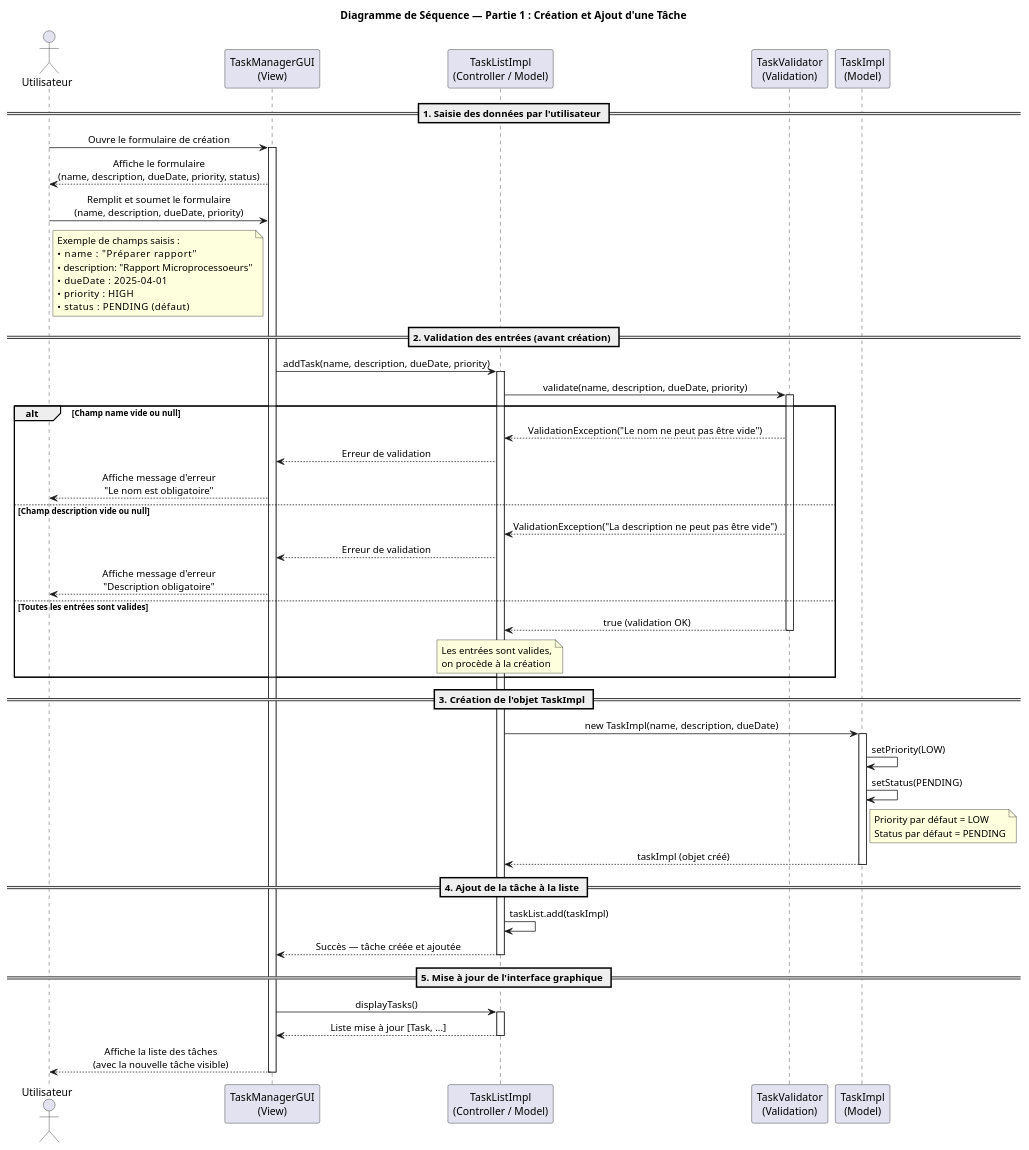
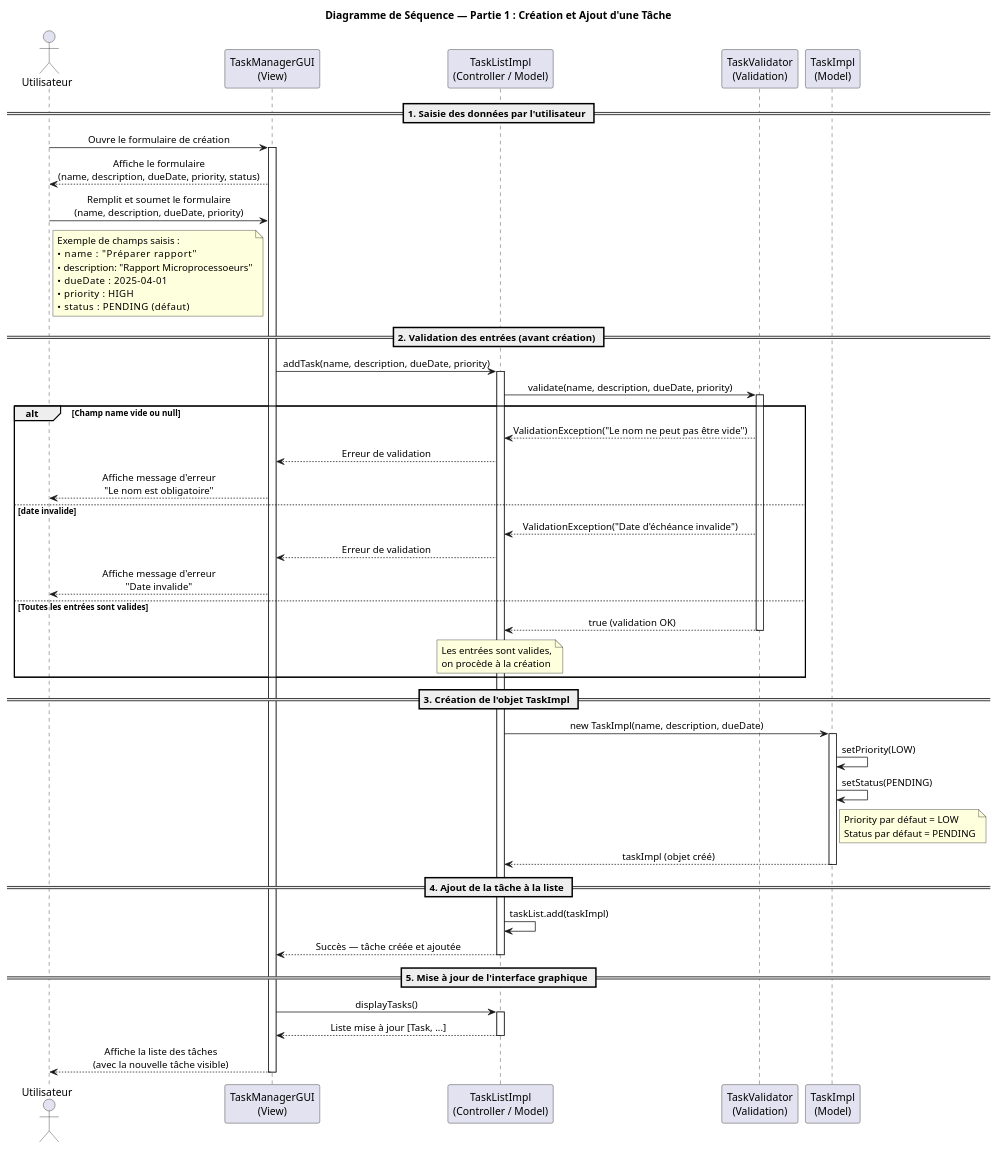
One commit to Julien3556/Gestionnaire_de_taches changed the diagram in sequence_diagram_partie1.puml. Above: the diagram before and after it, drawn with PlantUML. The commit also changed 1 other file, not shown here.

```diff
--- a/sequence_diagram_partie1.puml
+++ b/sequence_diagram_partie1.puml
@@ -1,86 +1,86 @@
 @startuml DiagrammeSequence_Partie1
 title Diagramme de Séquence — Partie 1 : Création et Ajout d'une Tâche
 
 skinparam sequenceMessageAlign center
 skinparam responseMessageBelowArrow true
 
 actor "Utilisateur" as User
 
 participant "TaskManagerGUI\n(View)" as GUI
 participant "TaskListImpl\n(Controller / Model)" as TLI
 participant "TaskValidator\n(Validation)" as VAL
 participant "TaskImpl\n(Model)" as TASK
 
 == 1. Saisie des données par l'utilisateur ==
 
 User -> GUI : Ouvre le formulaire de création
 activate GUI
 
 GUI --> User : Affiche le formulaire\n(name, description, dueDate, priority, status)
 
 User -> GUI : Remplit et soumet le formulaire\n(name, description, dueDate, priority)
 note right of User
   Exemple de champs saisis :
   • name       : "Préparer rapport"
   • description: "Rapport Microprocessoeurs"
   • dueDate    : 2025-04-01
   • priority   : HIGH
   • status     : PENDING (défaut)
 end note
 
 == 2. Validation des entrées (avant création) ==
 
 GUI -> TLI : addTask(name, description, dueDate, priority)
 activate TLI
 
 TLI -> VAL : validate(name, description, dueDate, priority)
 activate VAL
 
 alt Champ name vide ou null
     VAL --> TLI : ValidationException("Le nom ne peut pas être vide")
     TLI --> GUI : Erreur de validation
     GUI --> User : Affiche message d'erreur\n"Le nom est obligatoire"
-else Champ description vide ou null
-    VAL --> TLI : ValidationException("La description ne peut pas être vide")
+else date invalide
+    VAL --> TLI : ValidationException("Date d'échéance invalide")
     TLI --> GUI : Erreur de validation
-    GUI --> User : Affiche message d'erreur\n"Description obligatoire"
+    GUI --> User : Affiche message d'erreur\n"Date invalide"
 else Toutes les entrées sont valides
     VAL --> TLI : true (validation OK)
     deactivate VAL
     note over TLI : Les entrées sont valides,\non procède à la création
 end
 
 == 3. Création de l'objet TaskImpl ==
 
 TLI -> TASK : new TaskImpl(name, description, dueDate)
 activate TASK
 
 TASK -> TASK : setPriority(LOW)
 TASK -> TASK : setStatus(PENDING)
 note right of TASK
   Priority par défaut = LOW
   Status par défaut = PENDING
 end note
 
 TASK --> TLI : taskImpl (objet créé)
 deactivate TASK
 
 == 4. Ajout de la tâche à la liste ==
 
 TLI -> TLI : taskList.add(taskImpl)
 
 
 TLI --> GUI : Succès — tâche créée et ajoutée
 deactivate TLI
 
 == 5. Mise à jour de l'interface graphique ==
 
 GUI -> TLI : displayTasks()
 activate TLI
 TLI --> GUI : Liste mise à jour [Task, ...]
 deactivate TLI
 
 GUI --> User : Affiche la liste des tâches\n(avec la nouvelle tâche visible)
 deactivate GUI
 
 @enduml
```
